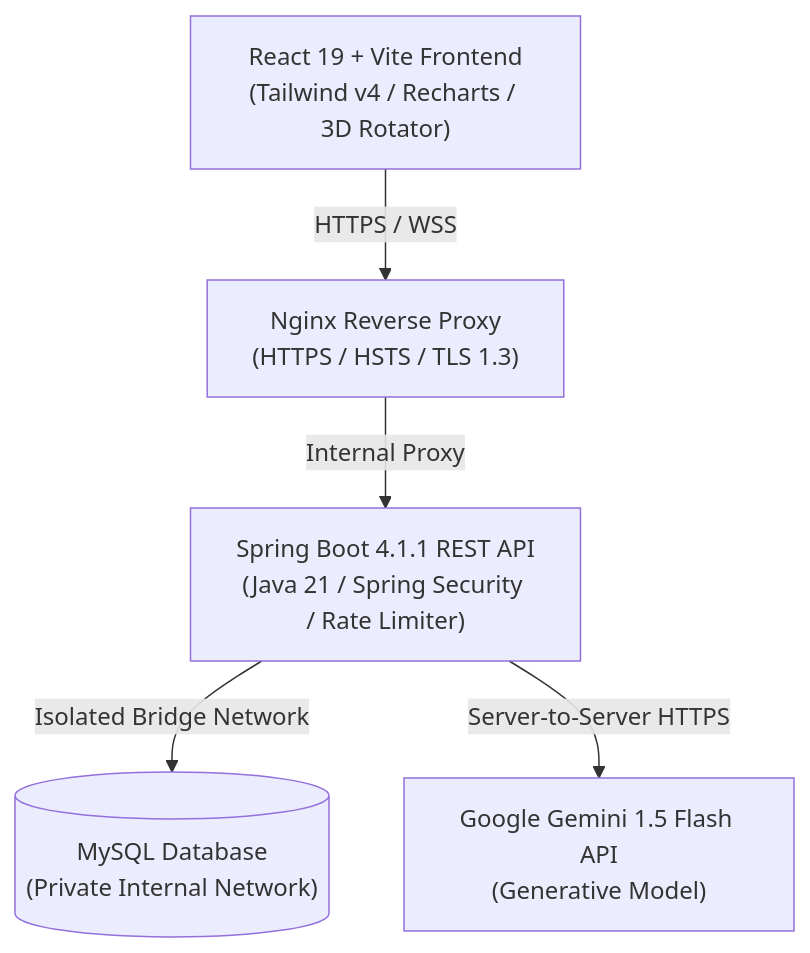
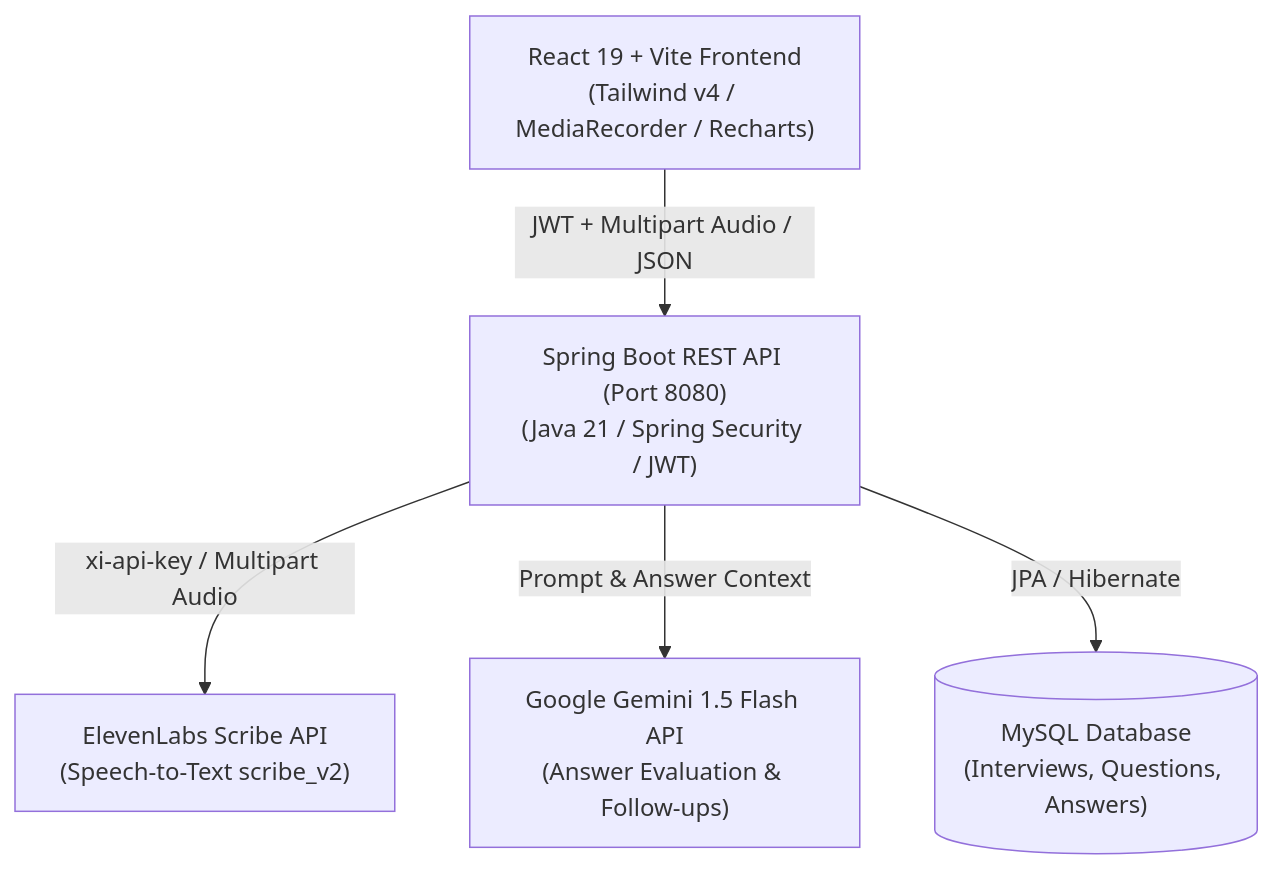
The diagram in README.md (aaryanman29-beep/IntervAI), drawn with Mermaid before and after one commit. The commit also changed other lines of this file, not shown here.

Commit message:
docs: update features, architecture, and configuration for ElevenLabs STT integration

````diff
--- a/README.md
+++ b/README.md
@@ -83,13 +88,13 @@
 ```mermaid
 graph TD
-    Client["React 19 + Vite Frontend<br/>(Tailwind v4 / Recharts / 3D Rotator)"]
-    Proxy["Nginx Reverse Proxy<br/>(HTTPS / HSTS / TLS 1.3)"]
-    API["Spring Boot 4.1.1 REST API<br/>(Java 21 / Spring Security / Rate Limiter)"]
-    DB[("MySQL Database<br/>(Private Internal Network)")]
-    AI["Google Gemini 1.5 Flash API<br/>(Generative Model)"]
+    Client["React 19 + Vite Frontend<br/>(Tailwind v4 / MediaRecorder / Recharts)"]
+    API["Spring Boot REST API (Port 8080)<br/>(Java 21 / Spring Security / JWT)"]
+    ElevenLabs["ElevenLabs Scribe API<br/>(Speech-to-Text scribe_v2)"]
+    Gemini["Google Gemini 1.5 Flash API<br/>(Answer Evaluation & Follow-ups)"]
+    DB[("MySQL Database<br/>(Interviews, Questions, Answers)")]
 
-    Client -->|HTTPS / WSS| Proxy
-    Proxy -->|Internal Proxy| API
-    API -->|Isolated Bridge Network| DB
-    API -->|Server-to-Server HTTPS| AI
+    Client -->|JWT + Multipart Audio / JSON| API
+    API -->|xi-api-key / Multipart Audio| ElevenLabs
+    API -->|Prompt & Answer Context| Gemini
+    API -->|JPA / Hibernate| DB
 ```
````
